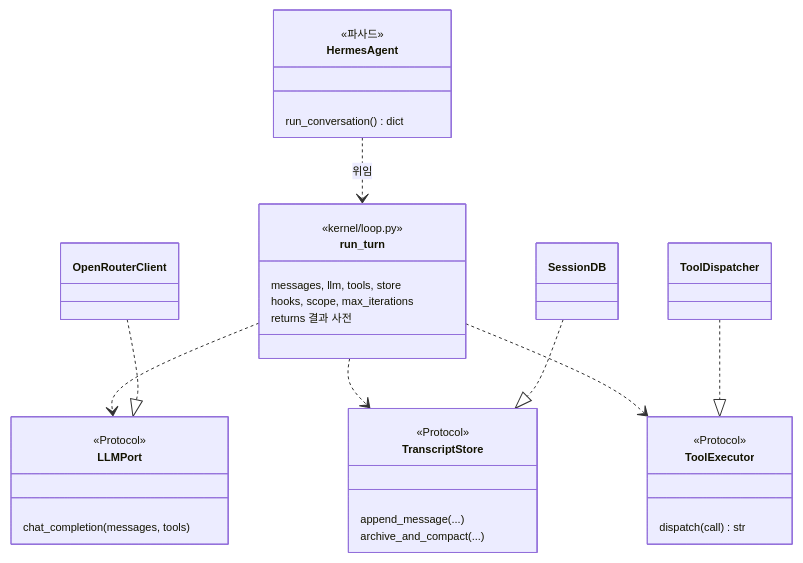
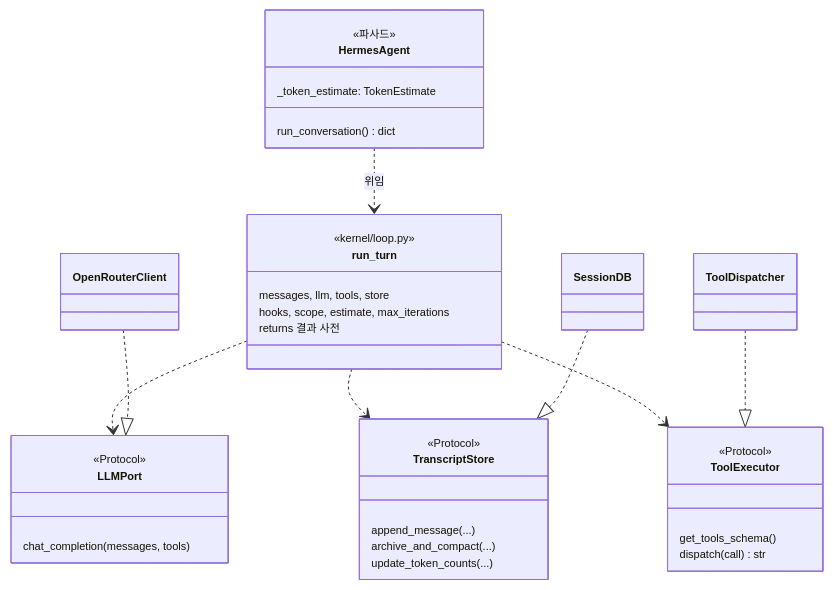
Before and after one commit to RadiantCitron/hermes-agent-study: the third of 4 diagrams in docs/로드맵/18-코어-커널-경계-정비-MVP/ROADMAP.md, drawn with Mermaid. The commit also changed other lines of this file and 16 other files, not shown here.

````diff
--- a/docs/로드맵/18-코어-커널-경계-정비-MVP/ROADMAP.md
+++ b/docs/로드맵/18-코어-커널-경계-정비-MVP/ROADMAP.md
@@ -94,37 +94,40 @@
 ```mermaid
 %%{init: {"themeVariables": {"fontSize": "11px"}}}%%
 classDiagram
   class run_turn {
     <<kernel/loop.py>>
     messages, llm, tools, store
-    hooks, scope, max_iterations
+    hooks, scope, estimate, max_iterations
     returns 결과 사전
   }
   class LLMPort {
     <<Protocol>>
     chat_completion(messages, tools)
   }
   class TranscriptStore {
     <<Protocol>>
     append_message(...)
     archive_and_compact(...)
+    update_token_counts(...)
   }
   class ToolExecutor {
     <<Protocol>>
+    get_tools_schema()
     dispatch(call) str
   }
   class HermesAgent {
     <<파사드>>
+    _token_estimate: TokenEstimate
     run_conversation() dict
   }
   class SessionDB
   class ToolDispatcher
   class OpenRouterClient
   HermesAgent ..> run_turn : 위임
   run_turn ..> LLMPort
   run_turn ..> TranscriptStore
   run_turn ..> ToolExecutor
   SessionDB ..|> TranscriptStore
   ToolDispatcher ..|> ToolExecutor
   OpenRouterClient ..|> LLMPort
 ```
````
